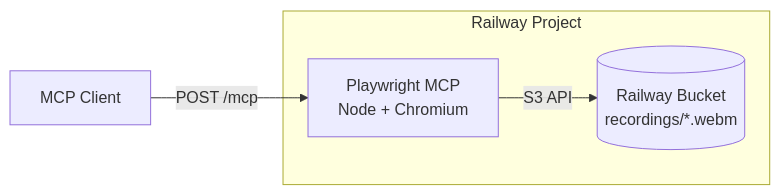
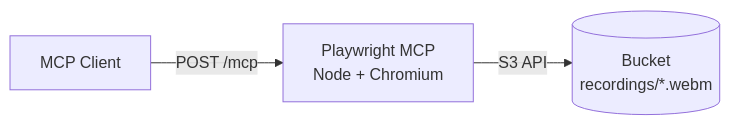
The diagram in README.md (jamesmurdza/playwright-mcp-server), drawn with Mermaid before and after one commit.

Commit message:
Genericize the Architecture diagram -- drop Railway-specific labels
Architecture describes the system in general (any S3-compatible
bucket); Railway specifics belong only in Deploying on Railway.

````diff
--- a/README.md
+++ b/README.md
@@ -29,7 +29,5 @@
 ```mermaid
 graph LR
     Client["MCP Client"] -->|"POST /mcp"| Server["Playwright MCP<br/>Node + Chromium"]
-    subgraph "Railway Project"
-        Server -->|"S3 API"| Bucket[("Railway Bucket<br/>recordings/*.webm")]
-    end
+    Server -->|"S3 API"| Bucket[("Bucket<br/>recordings/*.webm")]
 ```
````
